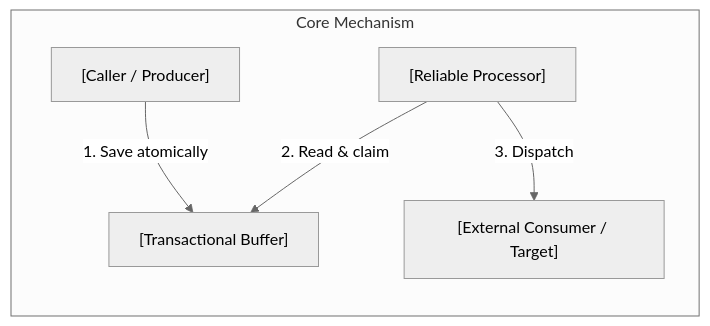
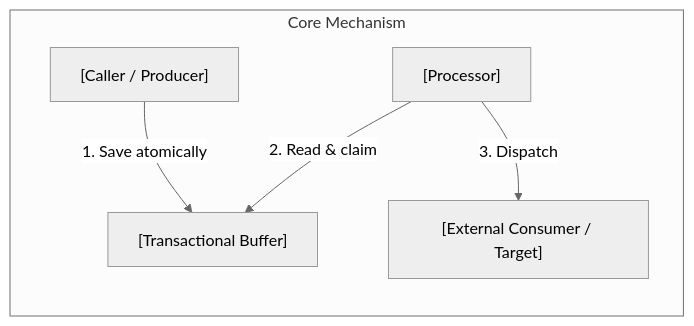
The first of 5 diagrams in docs/templates/tech-spec-template.md (khinemyaezin/grab), drawn with Mermaid (neutral theme) before and after one commit. The commit also changed other lines of this file and 47 other files, not shown here.

````diff
--- a/docs/templates/tech-spec-template.md
+++ b/docs/templates/tech-spec-template.md
@@ -62,13 +62,13 @@
 ```mermaid
 flowchart LR
     subgraph CorePattern ["Core Mechanism"]
         Source["[Caller / Producer]"]
         Buffer["[Transactional Buffer]"]
-        Processor["[Reliable Processor]"]
+        Processor["[Processor]"]
         Sink["[External Consumer / Target]"]
 
         Source -->|"1. Save atomically"| Buffer
         Processor -->|"2. Read & claim"| Buffer
         Processor -->|"3. Dispatch"| Sink
     end
 ```
````
